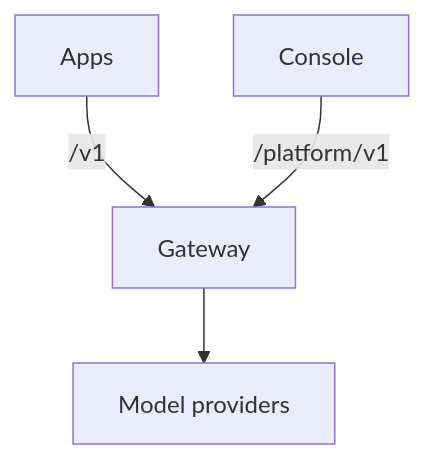
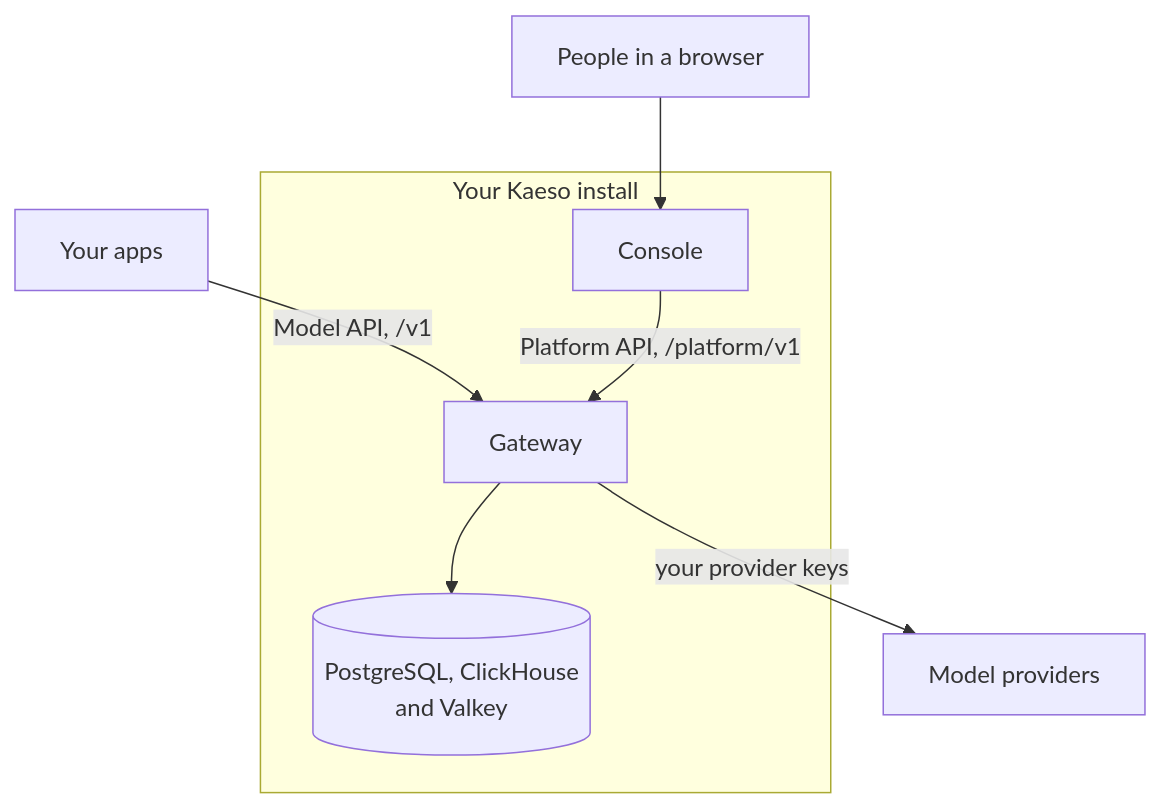
Before and after one commit to logicplanes/kaeso: the diagram in apps/docs/content/en/index.md, drawn with Mermaid. The commit also changed 59 other files, not shown here.

First line of the commit message:
Redraw the introduction's and concept pages' diagrams so each tells its story at a glance

````diff
--- a/apps/docs/content/en/index.md
+++ b/apps/docs/content/en/index.md
@@ -49,8 +49,18 @@
 ```mermaid
 flowchart TD
   accTitle: How the parts fit
-  accDescr: Apps call the gateway on /v1 and the console calls it on /platform/v1; the gateway calls the model providers.
-  apps[Apps] -- /v1 --> gateway[Gateway]
-  console[Console] -- /platform/v1 --> gateway
-  gateway --> providers[Model providers]
+  accDescr: Your apps call the gateway's model API on /v1, and people use the console, which calls the gateway's Platform API on /platform/v1. The gateway keeps its data in PostgreSQL, ClickHouse and Valkey on your install, and calls the model providers with your provider keys.
+  apps[Your apps]:::outside
+  people[People in a browser]:::outside
+  subgraph install [Your Kaeso install]
+    console[Console]
+    gateway[Gateway]:::accent
+    stores[(PostgreSQL, ClickHouse<br>and Valkey)]
+  end
+  providers[Model providers]:::outside
+  people --> console
+  apps -- Model API, /v1 --> gateway
+  console -- Platform API, /platform/v1 --> gateway
+  gateway --> stores
+  gateway -- your provider keys --> providers
 ```
````
